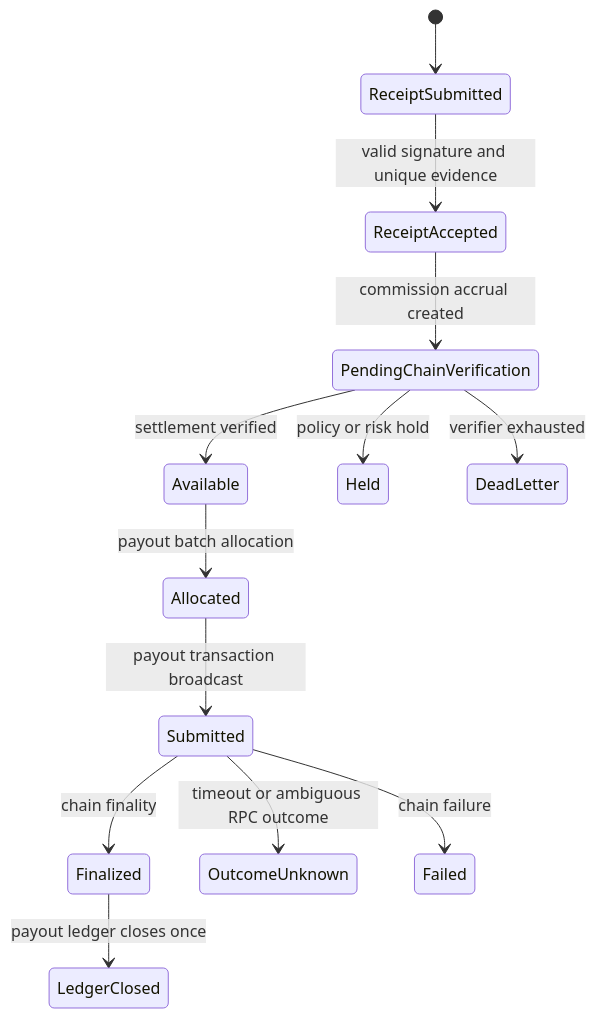
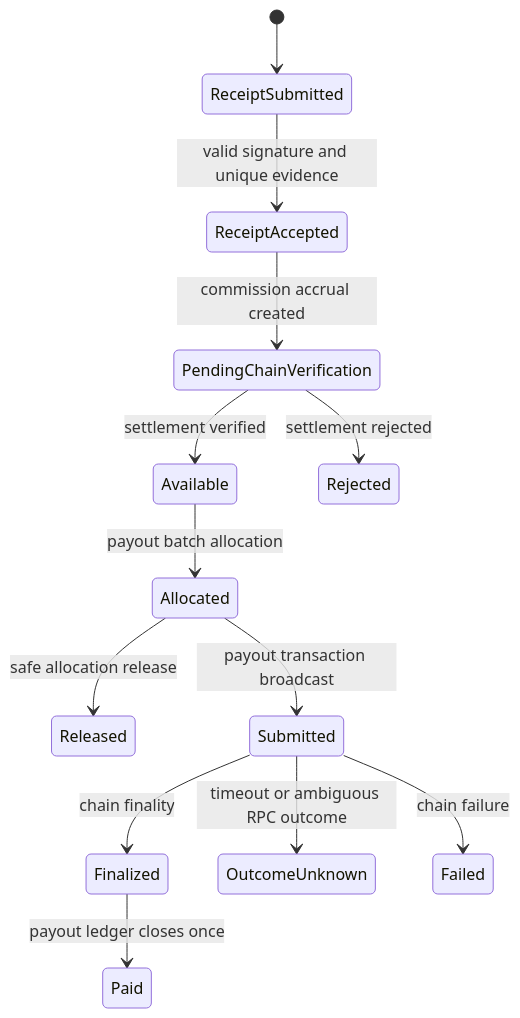
One commit to split402protocol/splitx402 changed the fifth of 7 diagrams in README.md. Above: the diagram before and after it, drawn with Mermaid. The commit also changed other lines of this file and 2 other files, not shown here.

Commit message:
Add secret scanning workflow

````diff
--- a/README.md
+++ b/README.md
@@ -207,15 +209,15 @@
 ```mermaid
 stateDiagram-v2
   [*] --> ReceiptSubmitted
   ReceiptSubmitted --> ReceiptAccepted: valid signature and unique evidence
   ReceiptAccepted --> PendingChainVerification: commission accrual created
   PendingChainVerification --> Available: settlement verified
-  PendingChainVerification --> Held: policy or risk hold
-  PendingChainVerification --> DeadLetter: verifier exhausted
+  PendingChainVerification --> Rejected: settlement rejected
   Available --> Allocated: payout batch allocation
+  Allocated --> Released: safe allocation release
   Allocated --> Submitted: payout transaction broadcast
   Submitted --> Finalized: chain finality
   Submitted --> OutcomeUnknown: timeout or ambiguous RPC outcome
   Submitted --> Failed: chain failure
-  Finalized --> LedgerClosed: payout ledger closes once
+  Finalized --> Paid: payout ledger closes once
 ```
````
